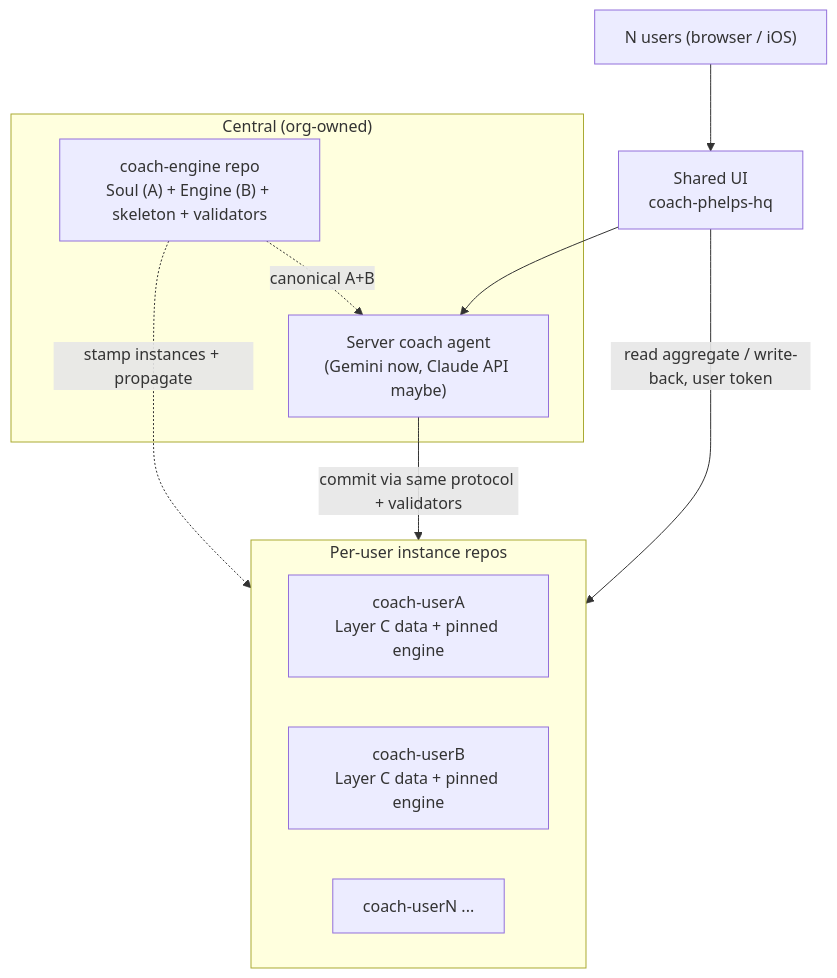
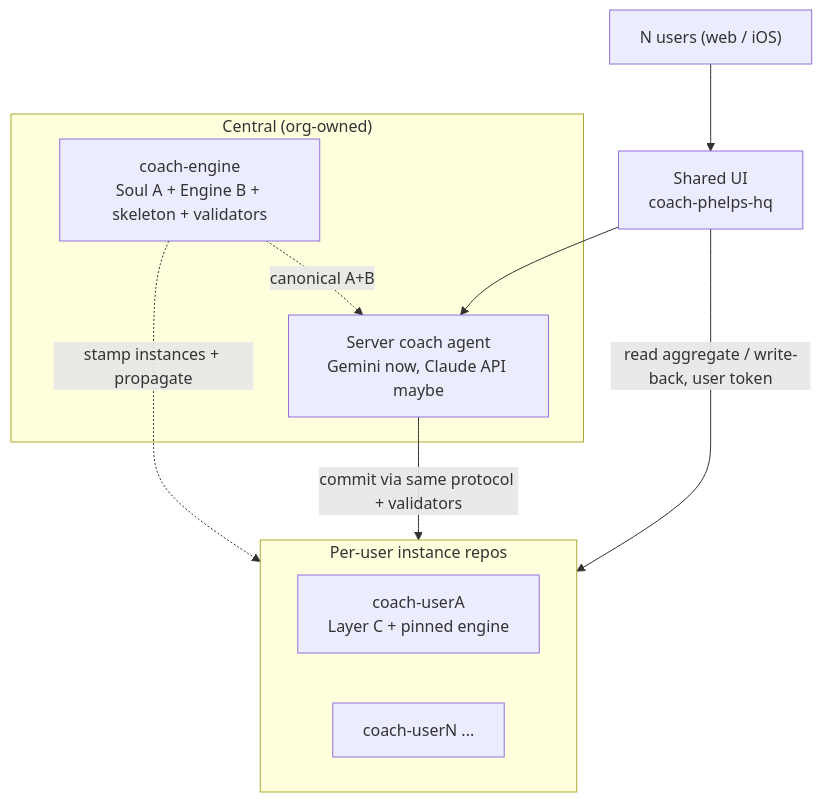
Before and after one commit to coach-phelps-hq/coach-phelps-template: the second of 7 diagrams in docs/scaling-plan.md, drawn with Mermaid. The commit also changed other lines of this file, not shown here.

````diff
--- a/docs/scaling-plan.md
+++ b/docs/scaling-plan.md
@@ -118,22 +76,17 @@
 ```mermaid
 flowchart TB
-  users["N users (browser / iOS)"] --> ui["Shared UI<br/>coach-phelps-hq"]
-
+  users["N users (web / iOS)"] --> ui["Shared UI<br/>coach-phelps-hq"]
   subgraph central["Central (org-owned)"]
-    engine["coach-engine repo<br/>Soul (A) + Engine (B) + skeleton + validators"]
-    server["Server coach agent<br/>(Gemini now, Claude API maybe)"]
+    engine["coach-engine<br/>Soul A + Engine B + skeleton + validators"]
+    server["Server coach agent<br/>Gemini now, Claude API maybe"]
   end
-
   ui --> server
   engine -.->|canonical A+B| server
   engine -.->|stamp instances + propagate| instances
-
   subgraph instances["Per-user instance repos"]
-    r1["coach-userA<br/>Layer C data + pinned engine"]
-    r2["coach-userB<br/>Layer C data + pinned engine"]
+    r1["coach-userA<br/>Layer C + pinned engine"]
     rn["coach-userN ..."]
   end
-
   ui -->|read aggregate / write-back, user token| instances
   server -->|commit via same protocol + validators| instances
 ```
````
